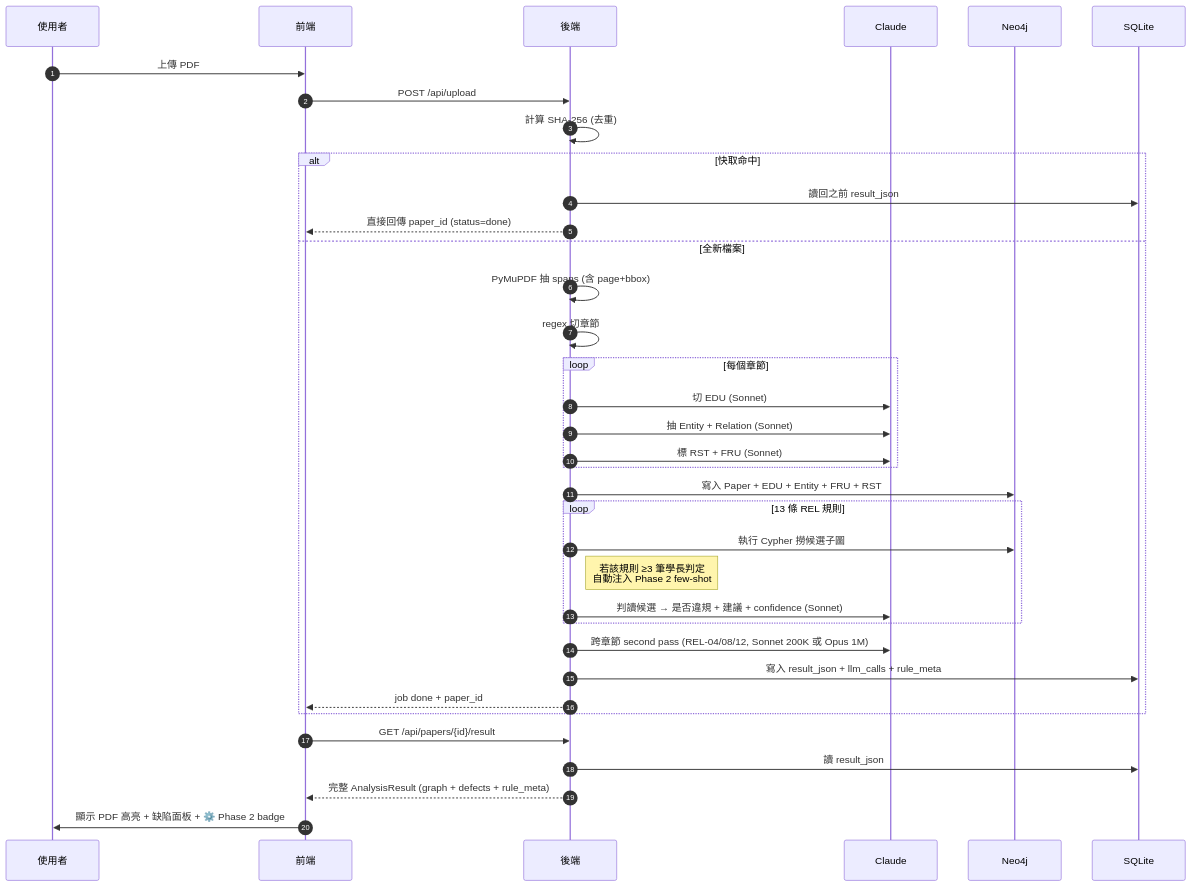
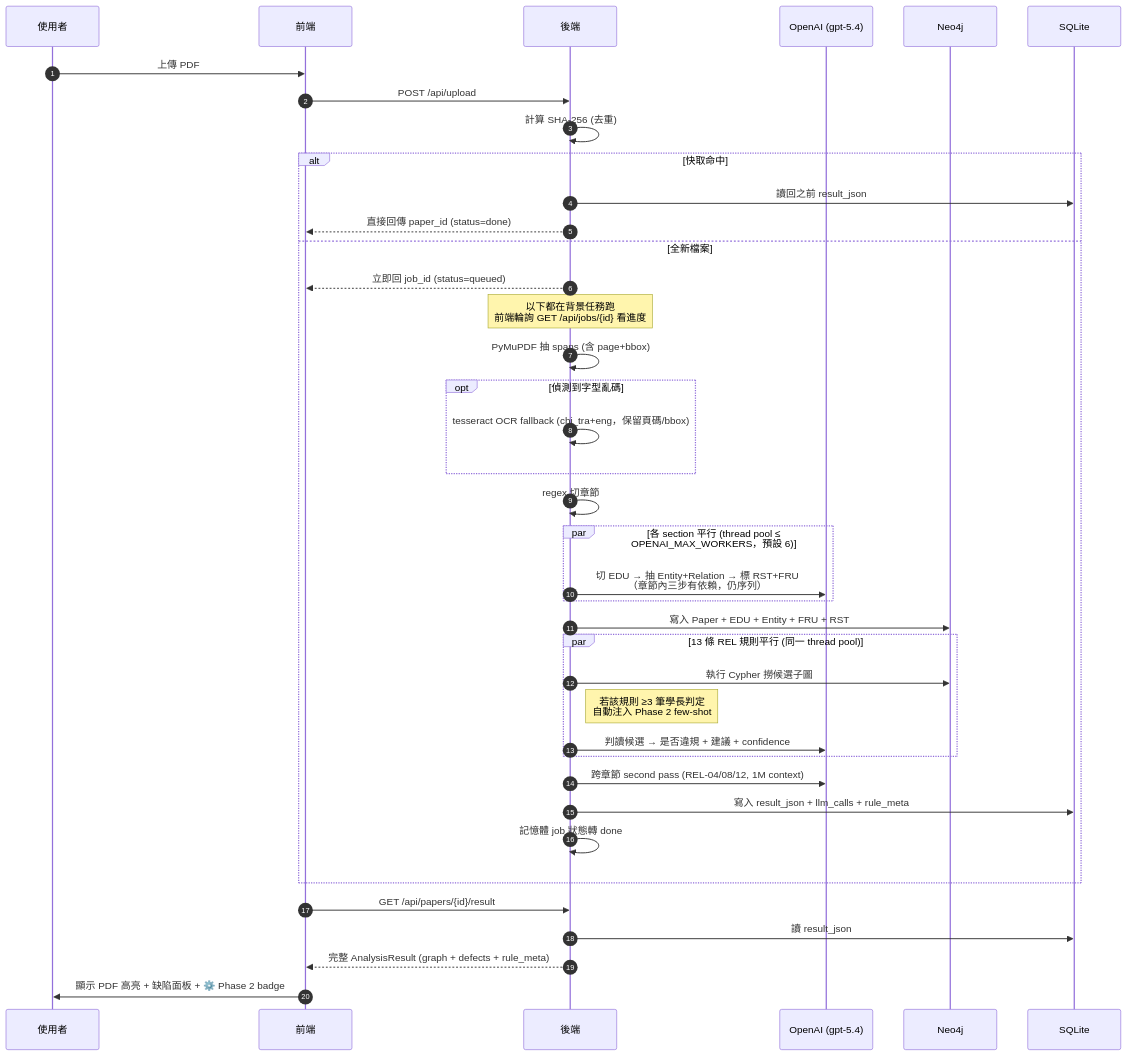
Before and after one commit to Thomas85198/thesis_llm: the second of 7 diagrams in docs/SYSTEM.md, drawn with Mermaid. The commit also changed other lines of this file and 7 other files, not shown here.

````diff
--- a/docs/SYSTEM.md
+++ b/docs/SYSTEM.md
@@ -75,39 +75,42 @@
 ```mermaid
 sequenceDiagram
     autonumber
     participant U as 使用者
     participant F as 前端
     participant B as 後端
-    participant L as Claude
+    participant L as OpenAI (gpt-5.4)
     participant N as Neo4j
     participant S as SQLite
 
     U->>F: 上傳 PDF
     F->>B: POST /api/upload
     B->>B: 計算 SHA-256 (去重)
     alt 快取命中
         B->>S: 讀回之前 result_json
         B-->>F: 直接回傳 paper_id (status=done)
     else 全新檔案
+        B-->>F: 立即回 job_id (status=queued)
+        Note over B: 以下都在背景任務跑<br/>前端輪詢 GET /api/jobs/{id} 看進度
         B->>B: PyMuPDF 抽 spans (含 page+bbox)
+        opt 偵測到字型亂碼
+            B->>B: tesseract OCR fallback (chi_tra+eng，保留頁碼/bbox)
+        end
         B->>B: regex 切章節
-        loop 每個章節
-            B->>L: 切 EDU (Sonnet)
-            B->>L: 抽 Entity + Relation (Sonnet)
-            B->>L: 標 RST + FRU (Sonnet)
+        par 各 section 平行 (thread pool ≤ OPENAI_MAX_WORKERS，預設 6)
+            B->>L: 切 EDU → 抽 Entity+Relation → 標 RST+FRU<br/>（章節內三步有依賴，仍序列）
         end
         B->>N: 寫入 Paper + EDU + Entity + FRU + RST
-        loop 13 條 REL 規則
+        par 13 條 REL 規則平行 (同一 thread pool)
             B->>N: 執行 Cypher 撈候選子圖
             Note right of B: 若該規則 ≥3 筆學長判定<br/>自動注入 Phase 2 few-shot
-            B->>L: 判讀候選 → 是否違規 + 建議 + confidence (Sonnet)
+            B->>L: 判讀候選 → 是否違規 + 建議 + confidence
         end
-        B->>L: 跨章節 second pass (REL-04/08/12, Sonnet 200K 或 Opus 1M)
+        B->>L: 跨章節 second pass (REL-04/08/12, 1M context)
         B->>S: 寫入 result_json + llm_calls + rule_meta
-        B-->>F: job done + paper_id
+        B->>B: 記憶體 job 狀態轉 done
     end
     F->>B: GET /api/papers/{id}/result
     B->>S: 讀 result_json
     B-->>F: 完整 AnalysisResult (graph + defects + rule_meta)
     F->>U: 顯示 PDF 高亮 + 缺陷面板 + ⚙️ Phase 2 badge
 ```
````
